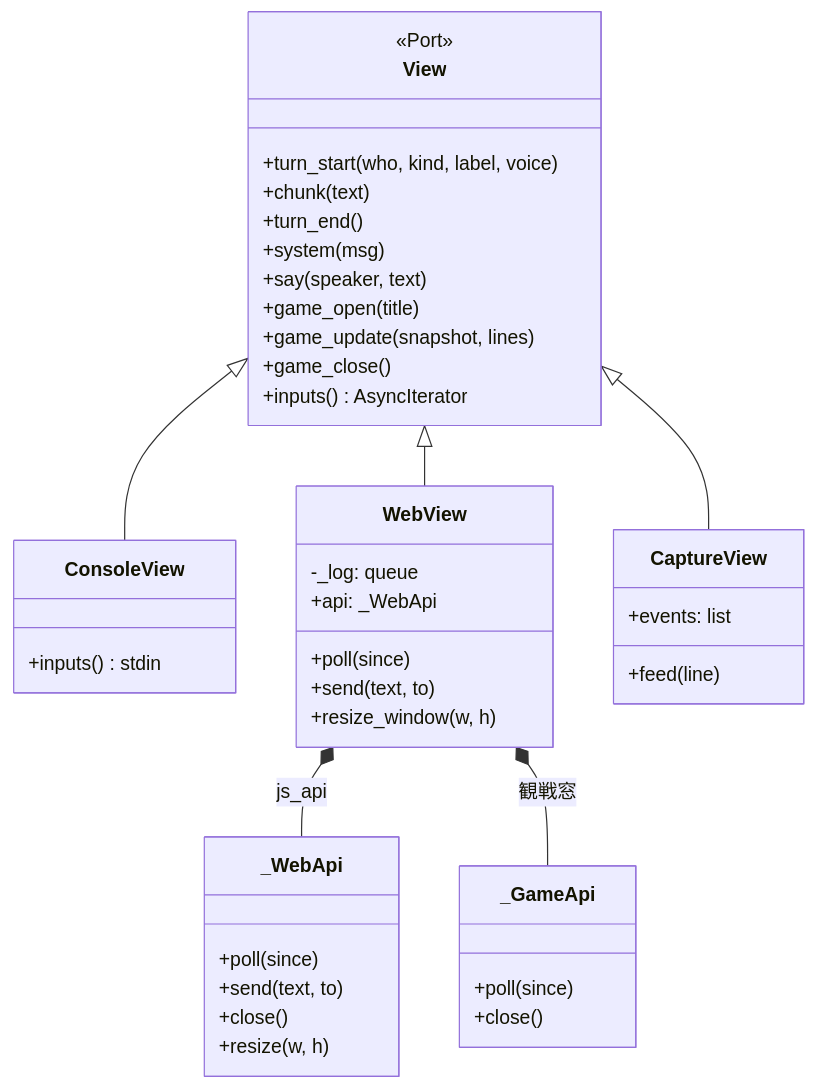
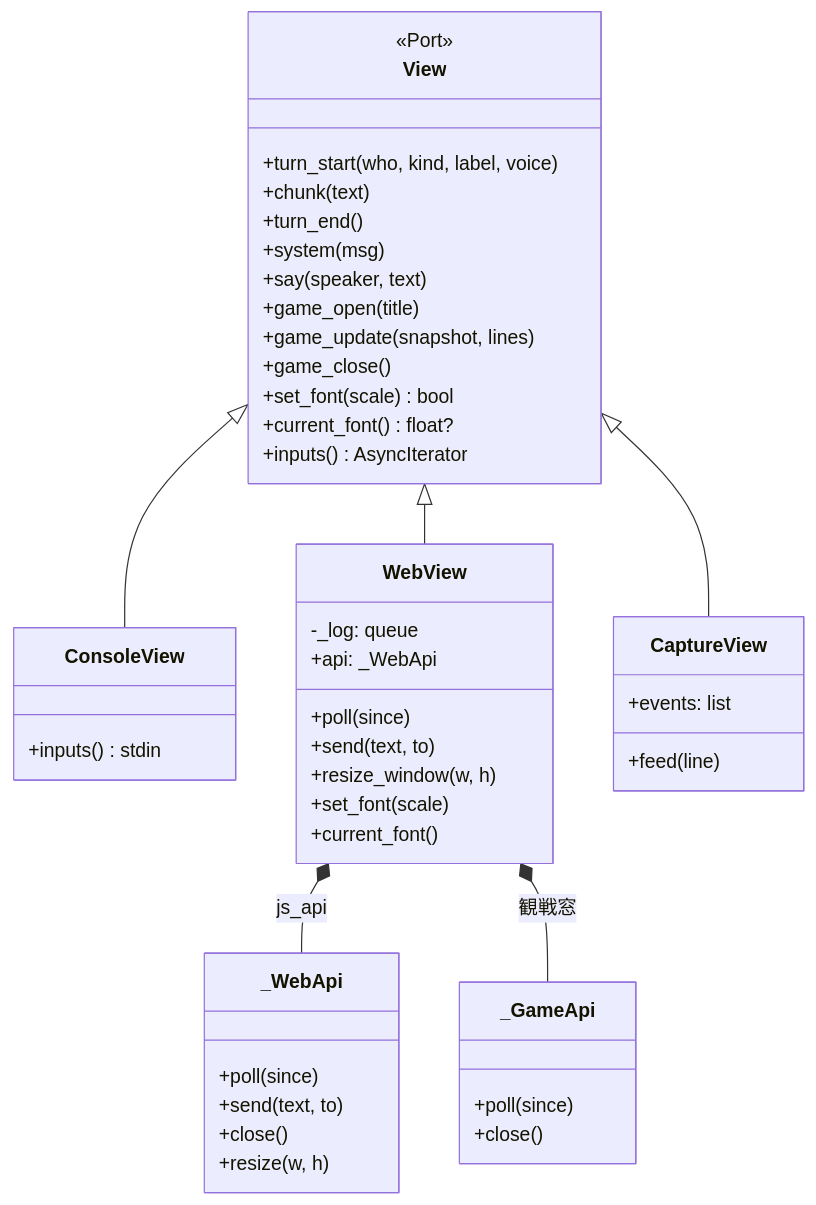
One commit to NiteC-a11y/Engawa changed the second of 7 diagrams in docs/class-diagram.md. Above: the diagram before and after it, drawn with Mermaid. The commit also changed 14 other files, not shown here.

````diff
--- a/docs/class-diagram.md
+++ b/docs/class-diagram.md
@@ -53,52 +53,56 @@
 ```mermaid
 classDiagram
     direction TB
 
     class View {
         <<Port>>
         +turn_start(who, kind, label, voice)
         +chunk(text)
         +turn_end()
         +system(msg)
         +say(speaker, text)
         +game_open(title)
         +game_update(snapshot, lines)
         +game_close()
+        +set_font(scale) bool
+        +current_font() float?
         +inputs() AsyncIterator
     }
 
     class ConsoleView {
         +inputs() stdin
     }
 
     class WebView {
         -_log: queue
         +api: _WebApi
         +poll(since)
         +send(text, to)
         +resize_window(w, h)
+        +set_font(scale)
+        +current_font()
     }
 
     class CaptureView {
         +events: list
         +feed(line)
     }
 
     class _WebApi {
         +poll(since)
         +send(text, to)
         +close()
         +resize(w, h)
     }
 
     class _GameApi {
         +poll(since)
         +close()
     }
 
     View <|-- ConsoleView
     View <|-- WebView
     View <|-- CaptureView
     WebView *-- _WebApi : js_api
     WebView *-- _GameApi : 観戦窓
 ```
````
